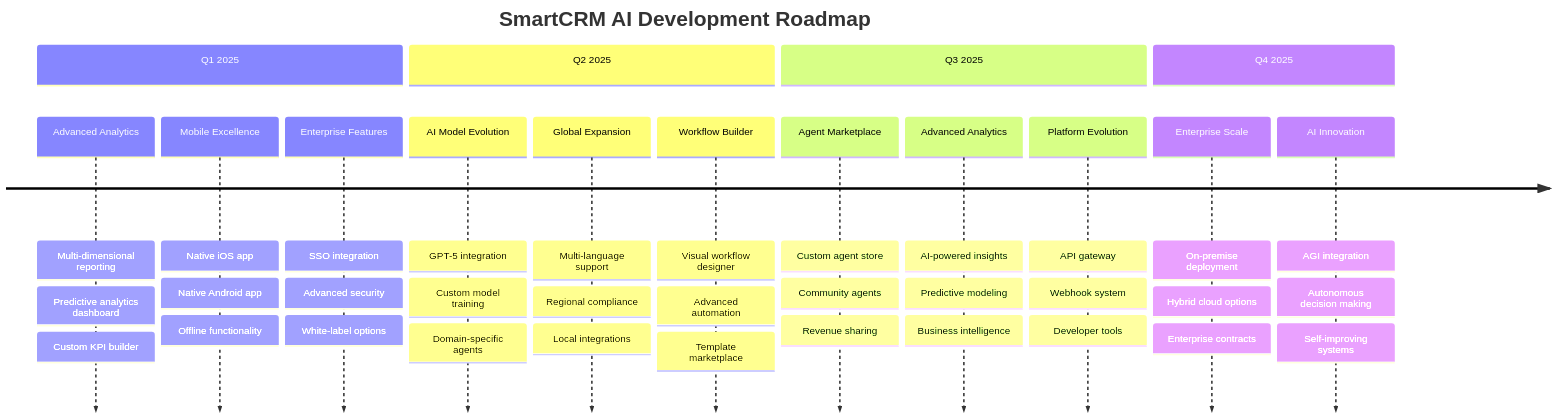
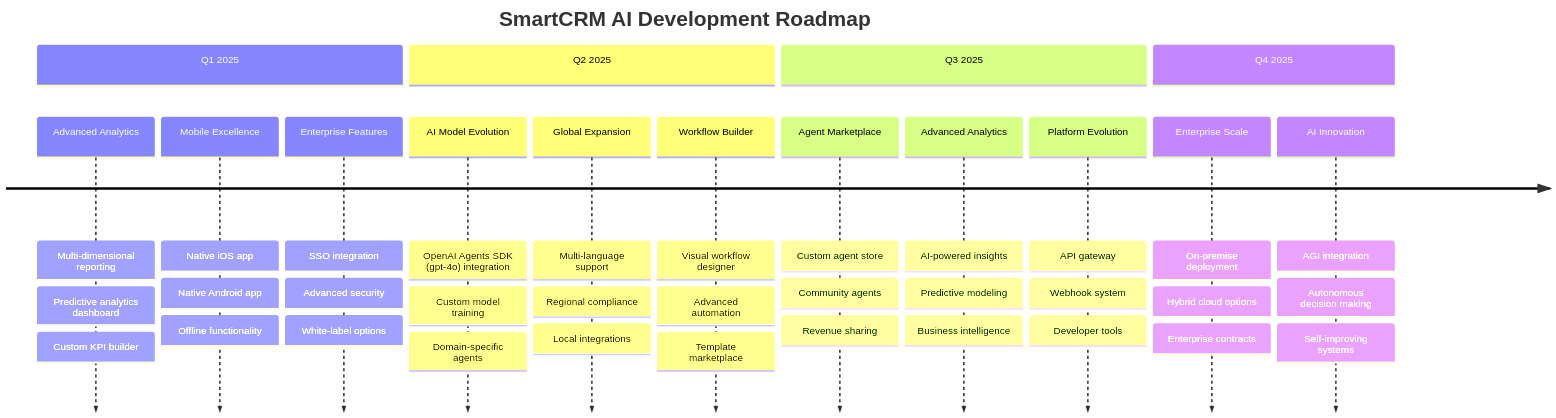
One commit to deangilmoreremix/aiagentsuite changed the sixth of 6 diagrams in README.md. Above: the diagram before and after it, drawn with Mermaid. The commit also changed other lines of this file and 10 other files, not shown here.

````diff
--- a/README.md
+++ b/README.md
@@ -808,52 +827,52 @@
 ```mermaid
 timeline
     title SmartCRM AI Development Roadmap
     
     section Q1 2025
         Advanced Analytics   : Multi-dimensional reporting
                             : Predictive analytics dashboard
                             : Custom KPI builder
         
         Mobile Excellence    : Native iOS app
                             : Native Android app  
                             : Offline functionality
                             
         Enterprise Features  : SSO integration
                             : Advanced security
                             : White-label options
 
     section Q2 2025
-        AI Model Evolution  : GPT-5 integration
+        AI Model Evolution  : OpenAI Agents SDK (gpt-4o) integration
                             : Custom model training
                             : Domain-specific agents
                             
         Global Expansion    : Multi-language support
                             : Regional compliance
                             : Local integrations
                             
         Workflow Builder    : Visual workflow designer
                             : Advanced automation
                             : Template marketplace
 
     section Q3 2025
         Agent Marketplace   : Custom agent store
                             : Community agents
                             : Revenue sharing
                             
         Advanced Analytics  : AI-powered insights
                             : Predictive modeling
                             : Business intelligence
                             
         Platform Evolution : API gateway
                             : Webhook system
                             : Developer tools
 
     section Q4 2025
         Enterprise Scale    : On-premise deployment
                             : Hybrid cloud options
                             : Enterprise contracts
                             
         AI Innovation       : AGI integration
                             : Autonomous decision making
                             : Self-improving systems
 ```
````
